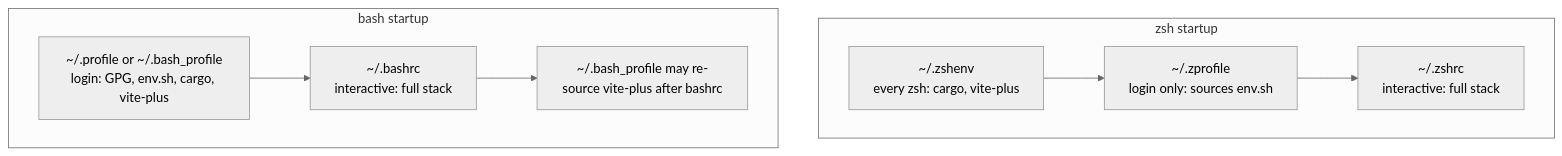
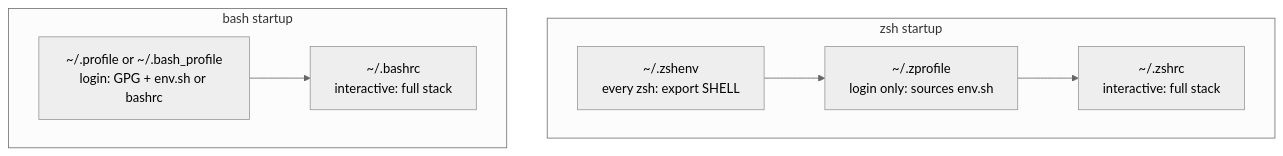
One commit to p10ns11y/shellyxz.sh changed the fifth of 11 diagrams in shell.md. Above: the diagram before and after it, drawn with Mermaid (neutral theme). The commit also changed other lines of this file and 3 other files, not shown here.

````diff
--- a/shell.md
+++ b/shell.md
@@ -324,17 +323,15 @@
 ```mermaid
 flowchart TD
     subgraph zsh_stack["zsh startup"]
-        Z1["~/.zshenv<br/>every zsh: cargo, vite-plus"]
+        Z1["~/.zshenv<br/>every zsh: export SHELL"]
         Z2["~/.zprofile<br/>login only: sources env.sh"]
         Z3["~/.zshrc<br/>interactive: full stack"]
         Z1 --> Z2 --> Z3
     end
 
     subgraph bash_stack["bash startup"]
-        B1["~/.profile or ~/.bash_profile<br/>login: GPG, env.sh, cargo, vite-plus"]
+        B1["~/.profile or ~/.bash_profile<br/>login: GPG + env.sh or bashrc"]
         B2["~/.bashrc<br/>interactive: full stack"]
         B1 --> B2
-        B3["~/.bash_profile may re-source vite-plus after bashrc"]
-        B2 --> B3
     end
 ```
````
